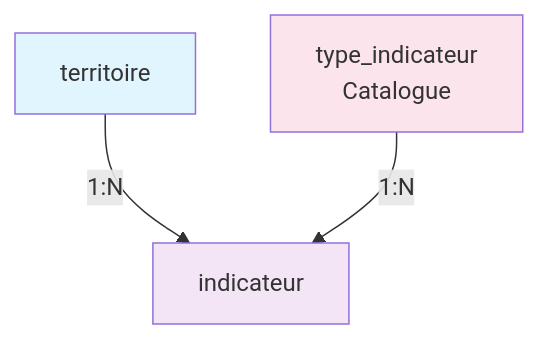
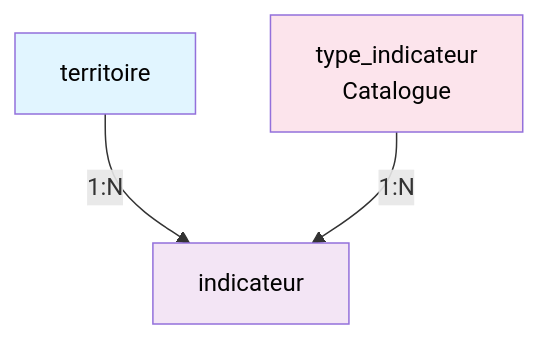
One commit to Sam-rst/EPSI_M1_MSPR-Groupe_RYMS changed the second of 2 diagrams in docs/02-architecture/database/versions/VERSIONS.md. Above: the diagram before and after it, drawn with Mermaid. The commit also changed other lines of this file and 27 other files, not shown here.

````diff
--- a/docs/02-architecture/database/versions/VERSIONS.md
+++ b/docs/02-architecture/database/versions/VERSIONS.md
@@ -63,9 +64,9 @@
 ```mermaid
 graph TD
     T[territoire] -->|1:N| I[indicateur]
     TI[type_indicateur<br/>Catalogue] -->|1:N| I
 
-    style T fill:#e1f5ff
-    style TI fill:#fce4ec
-    style I fill:#f3e5f5
+    style T fill:#e1f5ff, color: #020202
+    style TI fill:#fce4ec, color: #020202
+    style I fill:#f3e5f5, color: #020202
 ```
````
